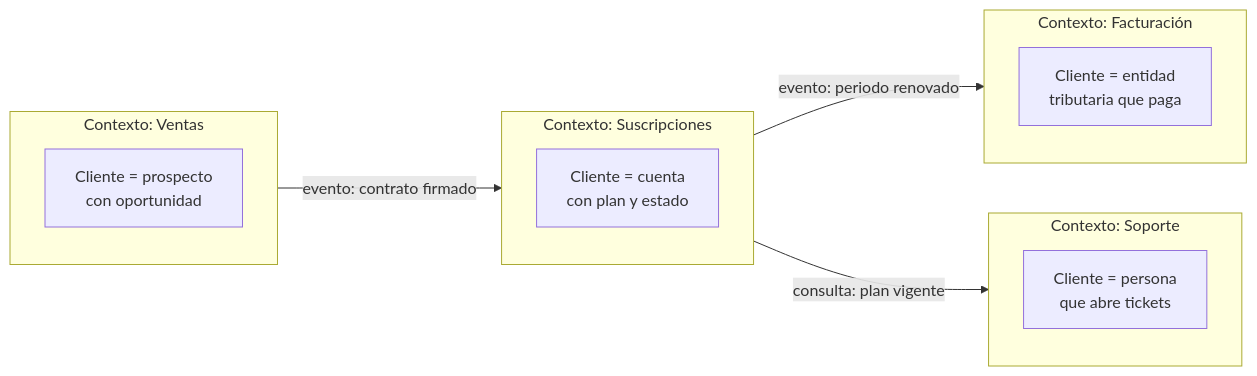
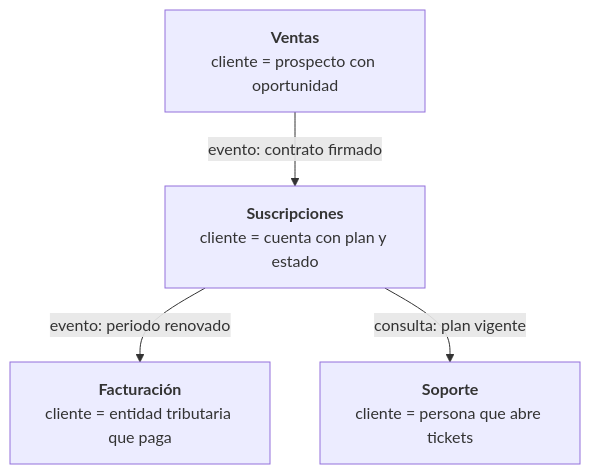
One commit to andresga79/saas-para-scrum-masters changed the first of 3 diagrams in content/12-diseno-deuda-tecnica.md. Above: the diagram before and after it, drawn with Mermaid. The commit also changed other lines of this file and 13 other files, not shown here.

First line of the commit message:
Corrige legibilidad de diagramas, casilla del pie e impresión en modo oscuro

````diff
--- a/content/12-diseno-deuda-tecnica.md
+++ b/content/12-diseno-deuda-tecnica.md
@@ -11,19 +11,11 @@
 ```mermaid
-flowchart LR
-    subgraph VENTAS["Contexto: Ventas"]
-        V1["Cliente = prospecto<br/>con oportunidad"]
-    end
-    subgraph SUSC["Contexto: Suscripciones"]
-        S1["Cliente = cuenta<br/>con plan y estado"]
-    end
-    subgraph FACT["Contexto: Facturación"]
-        F1["Cliente = entidad<br/>tributaria que paga"]
-    end
-    subgraph SOP["Contexto: Soporte"]
-        P1["Cliente = persona<br/>que abre tickets"]
-    end
+flowchart TB
+    VENTAS["<b>Ventas</b><br/>cliente = prospecto con oportunidad"]
+    SUSC["<b>Suscripciones</b><br/>cliente = cuenta con plan y estado"]
+    FACT["<b>Facturación</b><br/>cliente = entidad tributaria que paga"]
+    SOP["<b>Soporte</b><br/>cliente = persona que abre tickets"]
 
     VENTAS -- "evento: contrato firmado" --> SUSC
     SUSC -- "evento: periodo renovado" --> FACT
     SUSC -- "consulta: plan vigente" --> SOP
 ```
````
